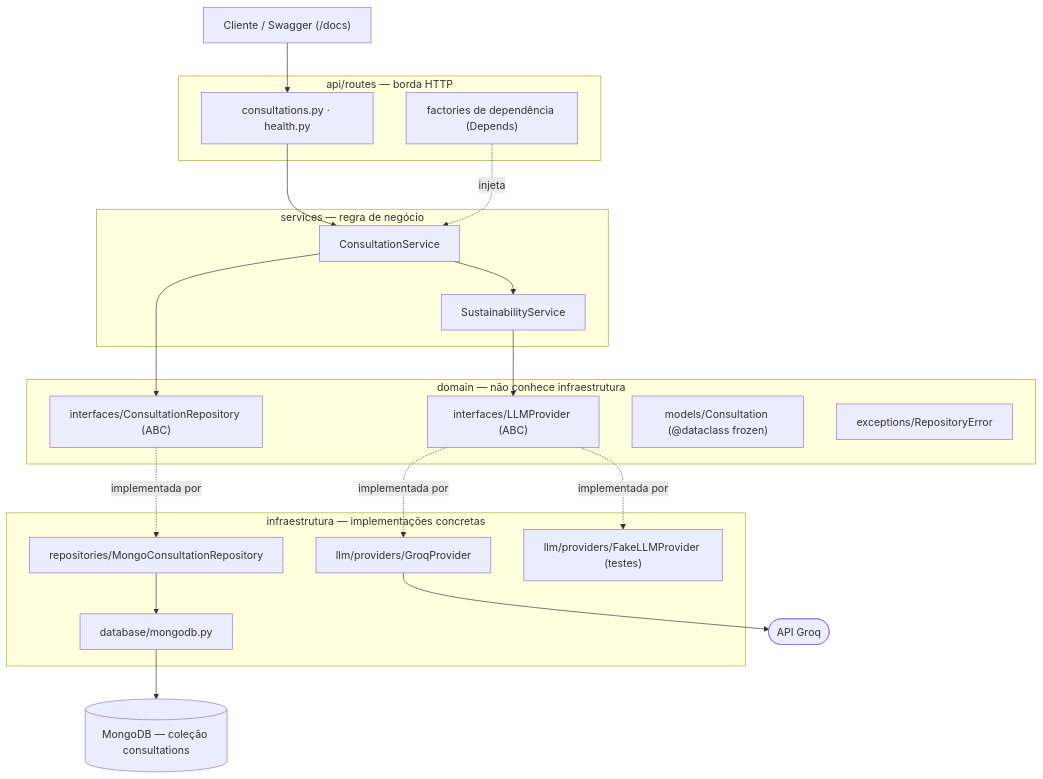
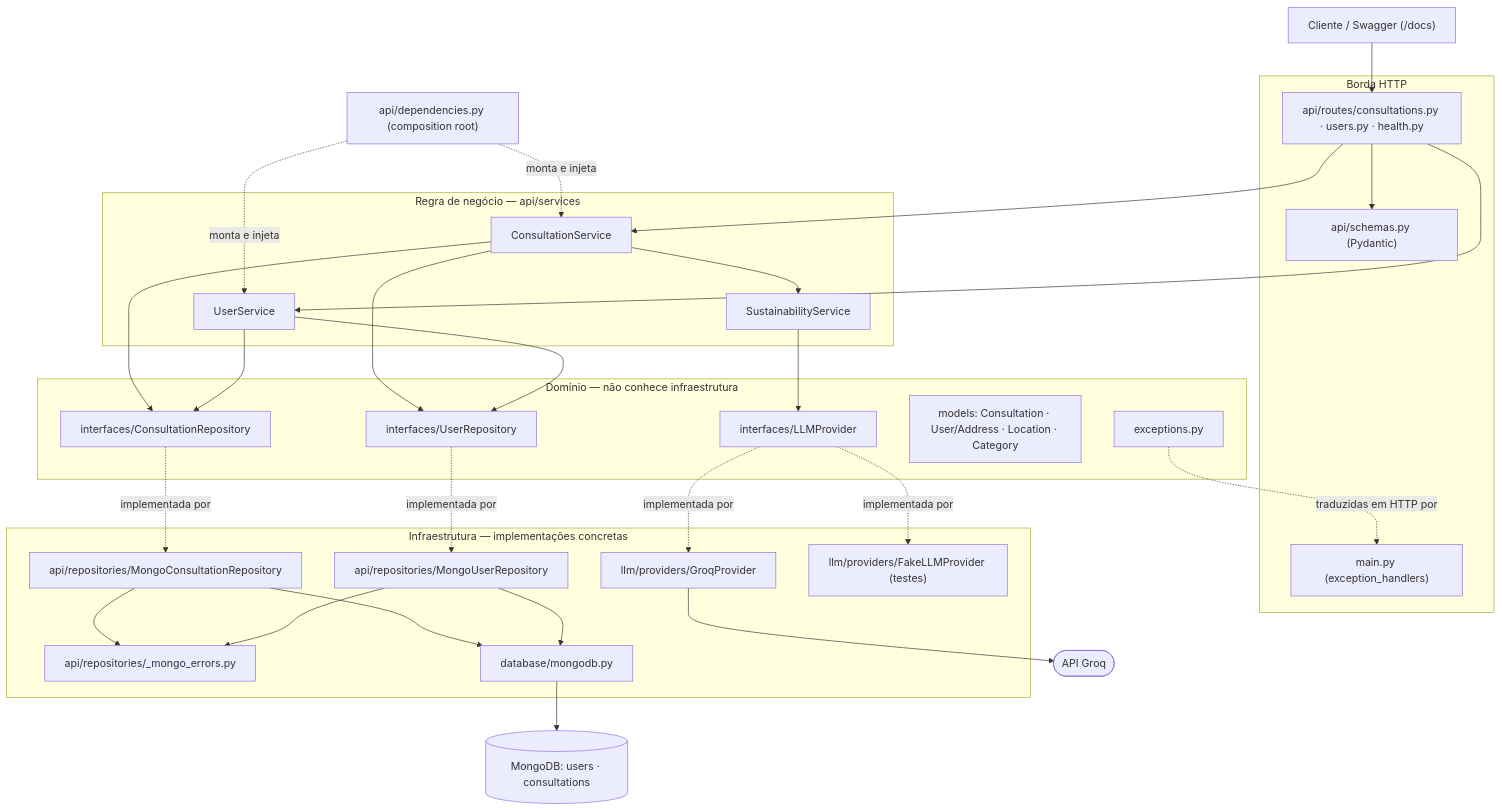
The first of 2 diagrams in backend/docs/architecture.md (BrenoNosima/AEP-ESOFT6S-NA-6-SEMESTRE), drawn with Mermaid before and after one commit. The commit also changed other lines of this file, not shown here.

````diff
--- a/backend/docs/architecture.md
+++ b/backend/docs/architecture.md
@@ -5,38 +14,62 @@
 ```mermaid
 flowchart TD
     Client["Cliente / Swagger (/docs)"]
-    subgraph api["api/routes — borda HTTP"]
-        Routes["consultations.py · health.py"]
-        Factories["factories de dependência (Depends)"]
+
+    subgraph http["Borda HTTP"]
+        Routes["api/routes/consultations.py · users.py · health.py"]
+        Schemas["api/schemas.py (Pydantic)"]
+        Handlers["main.py (exception_handlers)"]
     end
-    subgraph services["services — regra de negócio"]
+
+    Root["api/dependencies.py (composition root)"]
+
+    subgraph services["Regra de negócio — api/services"]
         CS["ConsultationService"]
+        US["UserService"]
         SS["SustainabilityService"]
     end
-    subgraph domain["domain — não conhece infraestrutura"]
-        IRepo["interfaces/ConsultationRepository (ABC)"]
-        ILLM["interfaces/LLMProvider (ABC)"]
-        Model["models/Consultation (@dataclass frozen)"]
-        Exc["exceptions/RepositoryError"]
+
+    subgraph domain["Domínio — não conhece infraestrutura"]
+        IConsult["interfaces/ConsultationRepository"]
+        IUser["interfaces/UserRepository"]
+        ILLM["interfaces/LLMProvider"]
+        Models["models: Consultation · User/Address · Location · Category"]
+        Exc["exceptions.py"]
     end
-    subgraph infra["infraestrutura — implementações concretas"]
-        Mongo["repositories/MongoConsultationRepository"]
+
+    subgraph infra["Infraestrutura — implementações concretas"]
+        MConsult["api/repositories/MongoConsultationRepository"]
+        MUser["api/repositories/MongoUserRepository"]
+        Translate["api/repositories/_mongo_errors.py"]
         Conn["database/mongodb.py"]
         Groq["llm/providers/GroqProvider"]
         Fake["llm/providers/FakeLLMProvider (testes)"]
     end
-    DB[("MongoDB — coleção consultations")]
+
+    DB[("MongoDB: users · consultations")]
     GroqAPI(["API Groq"])
 
     Client --> Routes
+    Routes --> Schemas
     Routes --> CS
-    Factories -. injeta .-> CS
-    CS --> IRepo
+    Routes --> US
+    Root -. monta e injeta .-> CS
+    Root -. monta e injeta .-> US
+    CS --> IConsult
+    CS --> IUser
     CS --> SS
+    US --> IUser
+    US --> IConsult
     SS --> ILLM
-    IRepo -. implementada por .-> Mongo
+    IConsult -. implementada por .-> MConsult
+    IUser -. implementada por .-> MUser
     ILLM -. implementada por .-> Groq
     ILLM -. implementada por .-> Fake
-    Mongo --> Conn --> DB
+    MConsult --> Translate
+    MUser --> Translate
+    MConsult --> Conn
+    MUser --> Conn
+    Conn --> DB
     Groq --> GroqAPI
+    Exc -. traduzidas em HTTP por .-> Handlers
 ```
````
